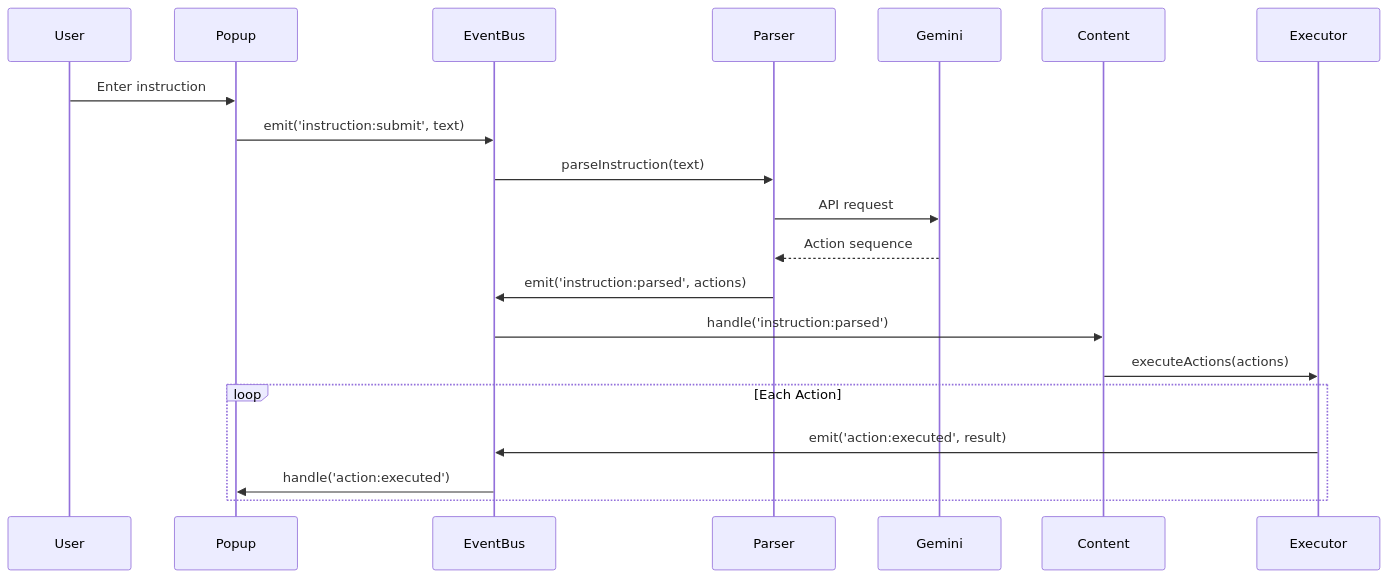
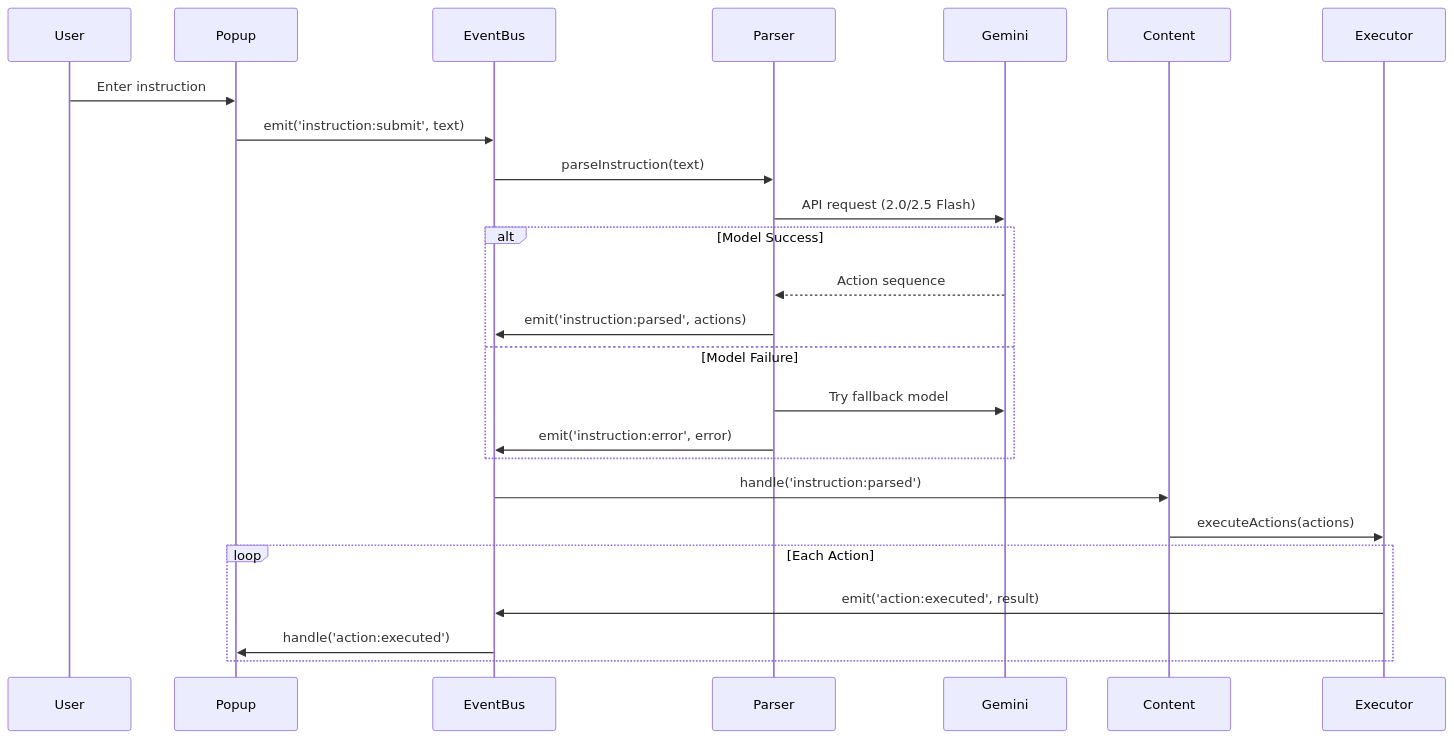
One commit to crosspostly/ai_clicker changed the third of 4 diagrams in ARCHITECTURE.md. Above: the diagram before and after it, drawn with Mermaid. The commit also changed other lines of this file and 18 other files, not shown here.

````diff
--- a/ARCHITECTURE.md
+++ b/ARCHITECTURE.md
@@ -250,24 +278,29 @@
 ```mermaid
 sequenceDiagram
     participant User
     participant Popup
     participant EventBus
     participant Parser
     participant Gemini
     participant Content
     participant Executor
     
     User->>Popup: Enter instruction
     Popup->>EventBus: emit('instruction:submit', text)
     EventBus->>Parser: parseInstruction(text)
-    Parser->>Gemini: API request
-    Gemini-->>Parser: Action sequence
-    Parser->>EventBus: emit('instruction:parsed', actions)
+    Parser->>Gemini: API request (2.0/2.5 Flash)
+    alt Model Success
+        Gemini-->>Parser: Action sequence
+        Parser->>EventBus: emit('instruction:parsed', actions)
+    else Model Failure
+        Parser->>Gemini: Try fallback model
+        Parser->>EventBus: emit('instruction:error', error)
+    end
     EventBus->>Content: handle('instruction:parsed')
     Content->>Executor: executeActions(actions)
     
     loop Each Action
         Executor->>EventBus: emit('action:executed', result)
         EventBus->>Popup: handle('action:executed')
     end
 ```
````
